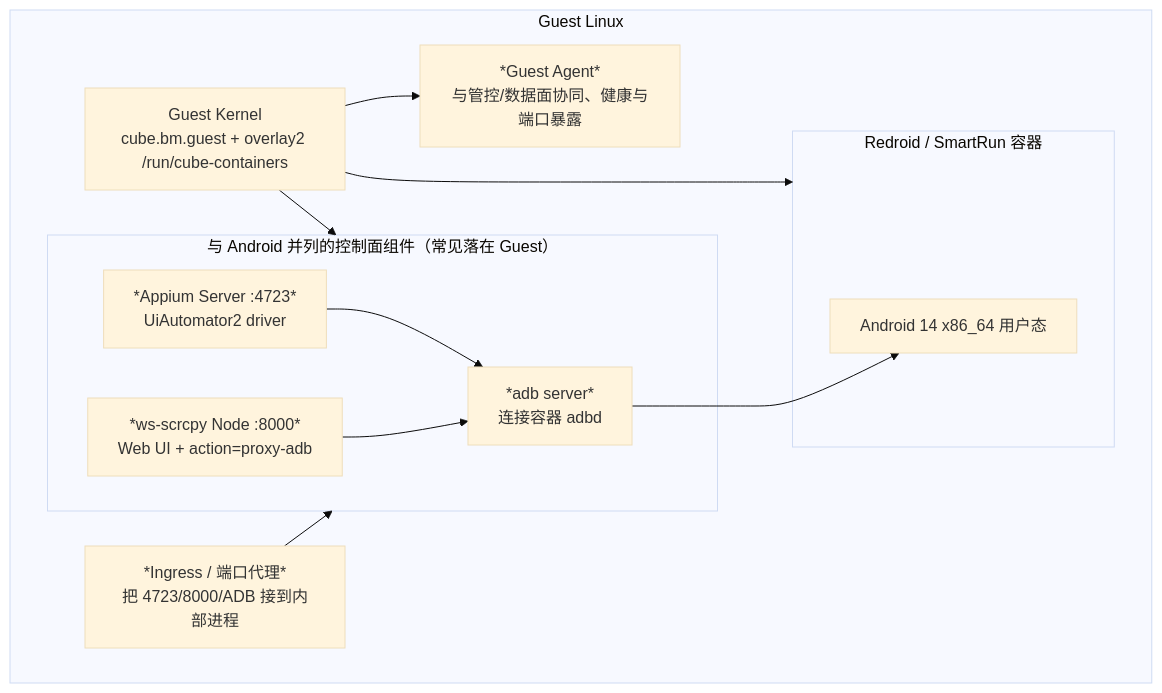
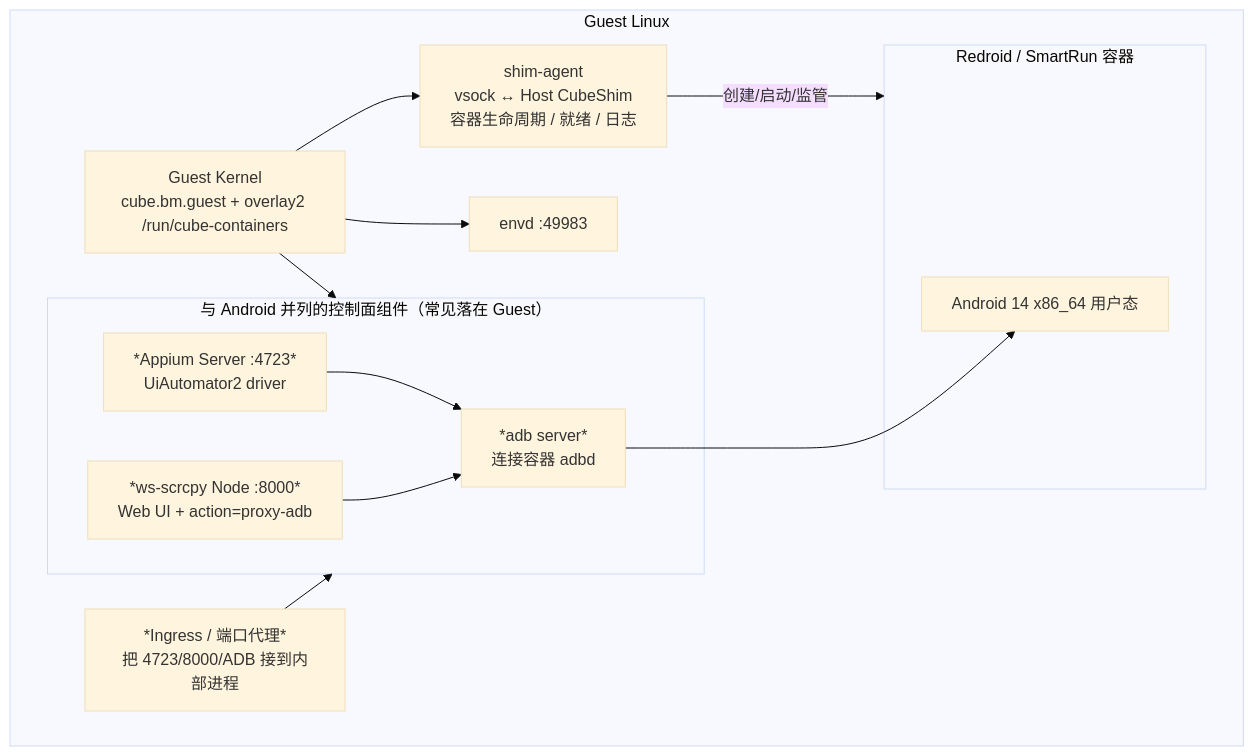
Before and after one commit to LOLHenry/android-cuttlefish: the fourth of 6 diagrams in docs/architecture/ags-mobile-cube-runtime.md, drawn with Mermaid (base theme). The commit also changed other lines of this file, not shown here.

First line of the commit message:
docs: standardize on shim-agent naming vs Host CubeShim

````diff
--- a/docs/architecture/ags-mobile-cube-runtime.md
+++ b/docs/architecture/ags-mobile-cube-runtime.md
@@ -233,26 +233,28 @@
 ```mermaid
 flowchart TB
   subgraph GuestLinux["Guest Linux"]
     Kernel["Guest Kernel<br/>cube.bm.guest + overlay2 /run/cube-containers"]
-    Agent["*Guest Agent*<br/>与管控/数据面协同、健康与端口暴露"]
+    ShimAgent["shim-agent<br/>vsock ↔ Host CubeShim<br/>容器生命周期 / 就绪 / 日志"]
+    Envd["envd :49983"]
     Proxy["*Ingress / 端口代理*<br/>把 4723/8000/ADB 接到内部进程"]
 
     subgraph SideCars["与 Android 并列的控制面组件（常见落在 Guest）"]
       AdbServer["*adb server*<br/>连接容器 adbd"]
       AppiumSrv["*Appium Server :4723*<br/>UiAutomator2 driver"]
       WsScrcpy["*ws-scrcpy Node :8000*<br/>Web UI + action=proxy-adb"]
     end
 
     subgraph RedroidBox["Redroid / SmartRun 容器"]
       Android["Android 14 x86_64 用户态"]
     end
 
-    Kernel --> Agent
+    Kernel --> ShimAgent
+    Kernel --> Envd
     Kernel --> SideCars
-    Kernel --> RedroidBox
+    ShimAgent -->|"创建/启动/监管"| RedroidBox
     Proxy --> SideCars
     AdbServer --> Android
     AppiumSrv --> AdbServer
     WsScrcpy --> AdbServer
   end
 ```
````
